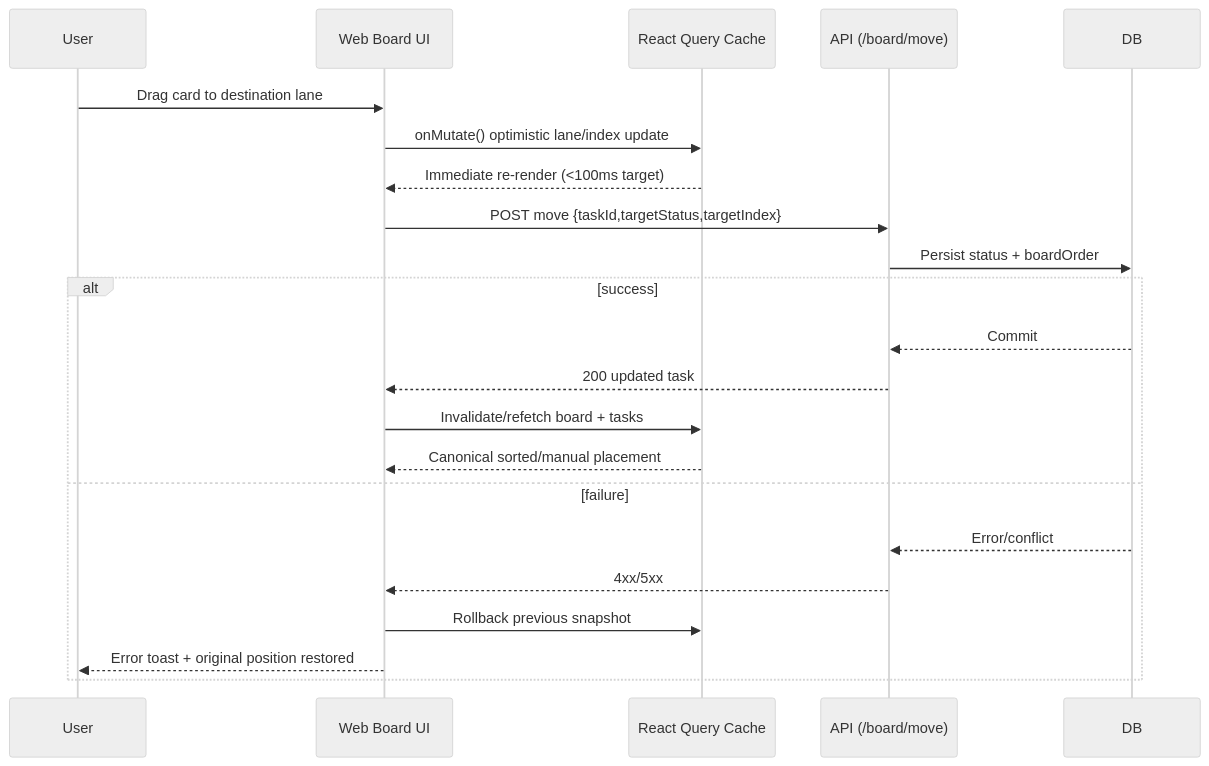
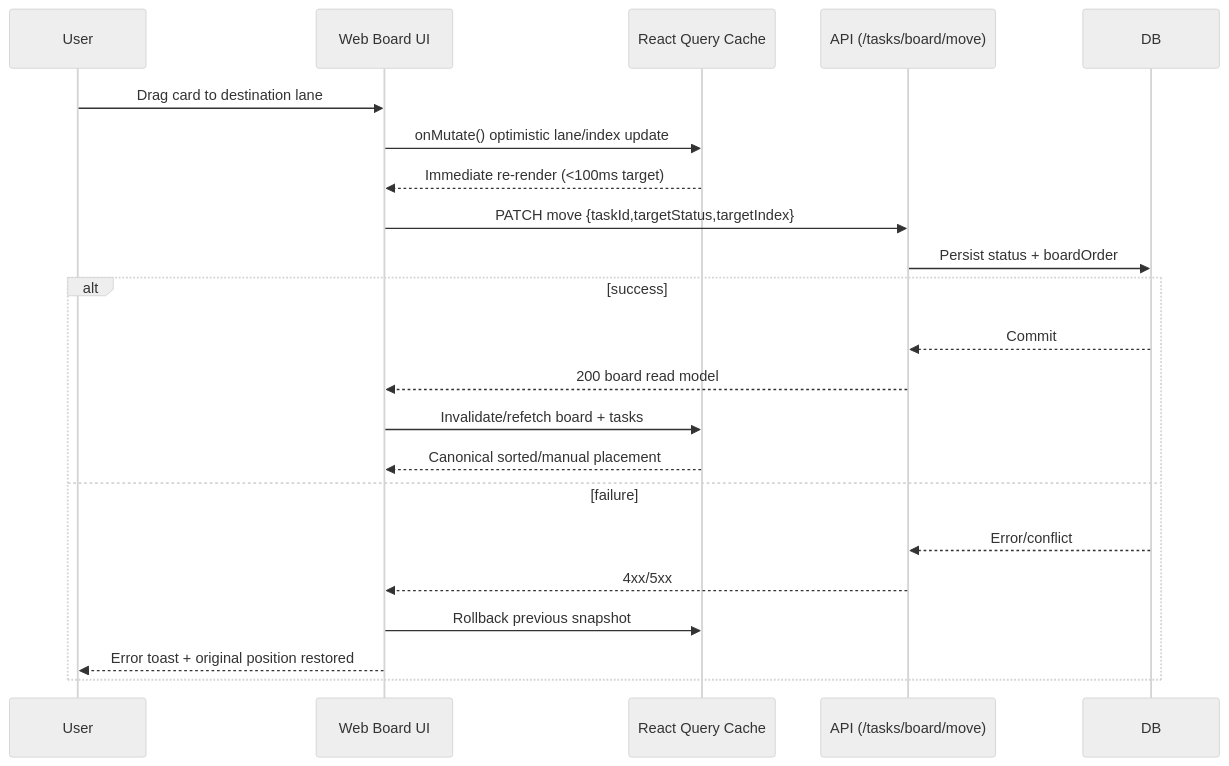
Before and after one commit to naf1s66/taskforge: the first of 2 diagrams in docs/PRD.md, drawn with Mermaid (neutral theme). The commit also changed other lines of this file and 2 other files, not shown here.

First line of the commit message:
docs: align kanban board move contract

````diff
--- a/docs/PRD.md
+++ b/docs/PRD.md
@@ -131,25 +137,25 @@
 ```mermaid
 sequenceDiagram
     participant U as User
     participant B as Web Board UI
     participant C as React Query Cache
-    participant A as API (/board/move)
+    participant A as API (/tasks/board/move)
     participant D as DB
 
     U->>B: Drag card to destination lane
     B->>C: onMutate() optimistic lane/index update
     C-->>B: Immediate re-render (<100ms target)
-    B->>A: POST move {taskId,targetStatus,targetIndex}
+    B->>A: PATCH move {taskId,targetStatus,targetIndex}
     A->>D: Persist status + boardOrder
     alt success
       D-->>A: Commit
-      A-->>B: 200 updated task
+      A-->>B: 200 board read model
       B->>C: Invalidate/refetch board + tasks
       C-->>B: Canonical sorted/manual placement
     else failure
       D-->>A: Error/conflict
       A-->>B: 4xx/5xx
       B->>C: Rollback previous snapshot
       B-->>U: Error toast + original position restored
     end
 ```
````
